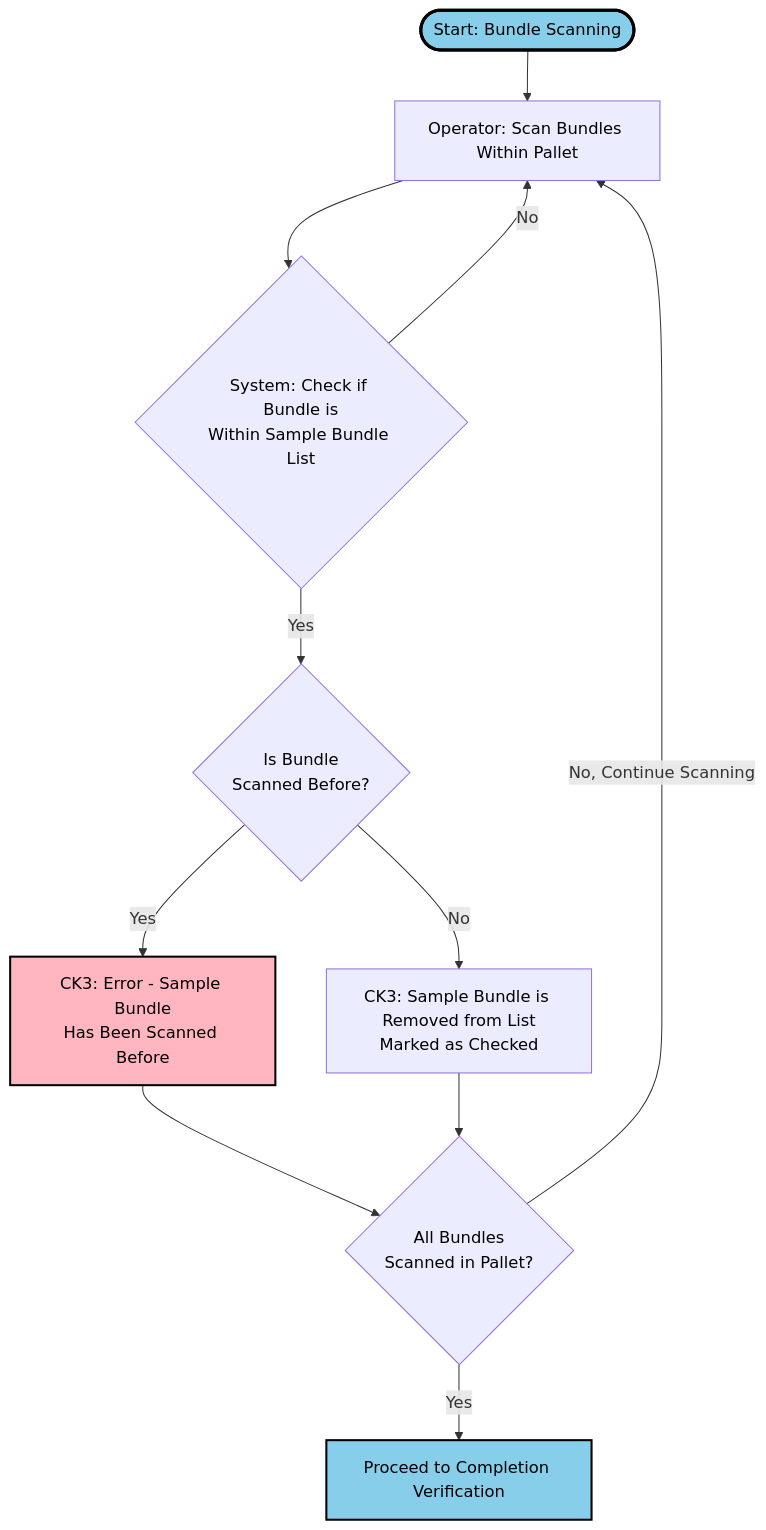
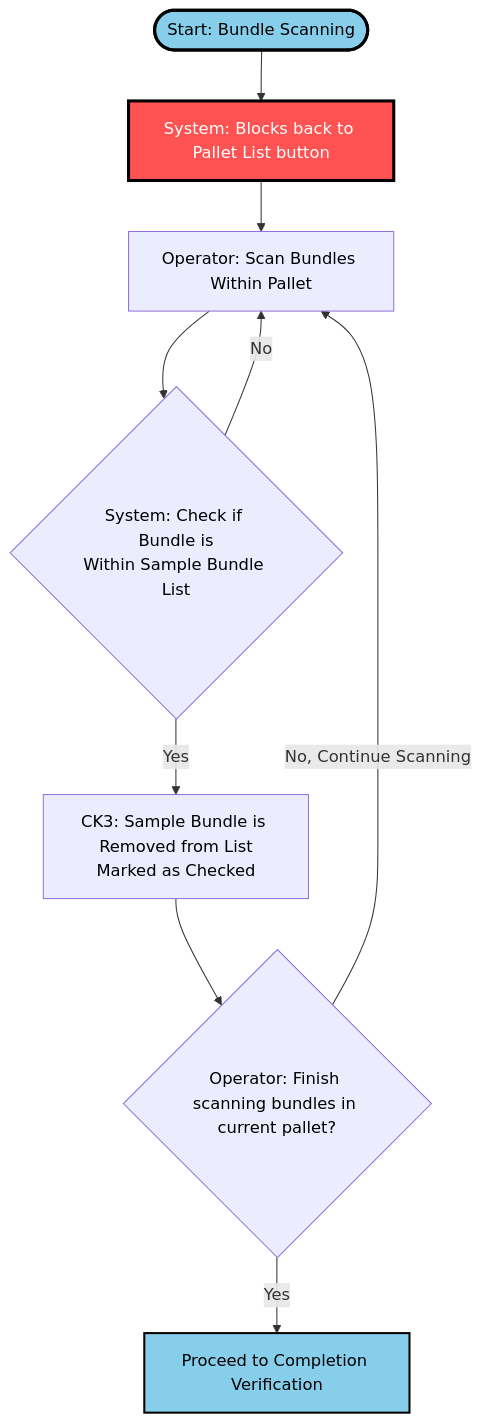
The third of 6 diagrams in workflow.md (kohjs/RMC-Cycle-Count), drawn with Mermaid before and after one commit. The commit also changed other lines of this file, not shown here.

````diff
--- a/workflow.md
+++ b/workflow.md
@@ -79,22 +83,20 @@
 ```mermaid
 flowchart TD
-    Start(["Start: Bundle Scanning"]) --> n1["Operator: Scan Bundles Within Pallet"]
-    n1 --> n2{"System: Check if Bundle is<br>Within Sample Bundle List"}
-    n2 -- Yes --> n4{"Is Bundle<br>Scanned Before?"}
+    Start(["Start: Bundle Scanning"]) --> n9["System: Blocks back to Pallet List button"]
+    n1["Operator: Scan Bundles Within Pallet"] --> n2{"System: Check if Bundle is<br>Within Sample Bundle List"}
     n2 -- No --> n1
-    n4 -- No --> n3["CK3: Sample Bundle is Removed from List<br>Marked as Checked"]
-    n4 -- Yes --> n5["CK3: Error - Sample Bundle<br>Has Been Scanned Before"]
-    n5 --> n7
-    n3 --> n7{"All Bundles<br>Scanned in Pallet?"}
+    n3["CK3: Sample Bundle is Removed from List<br>Marked as Checked"] --> n7{"Operator: Finish scanning bundles in current pallet?"}
     n7 -- Yes --> n8["Proceed to Completion Verification"]
     n7 -- No, Continue Scanning --> n1
+    n2 -- Yes --> n3
+    n9 --> n1
 
+    n9@{ shape: rect}
     style Start fill:#87CEEB,stroke:#000,stroke-width:3px,color:#000
     style n1 color:#000
     style n2 color:#000
     style n3 color:#000
-    style n4 color:#000
-    style n5 fill:#FFB6C1,stroke:#000,stroke-width:2px,color:#000
     style n7 color:#000
     style n8 fill:#87CEEB,stroke:#000,stroke-width:2px,color:#000
+    style n9 fill:#FF5252,stroke:#000,stroke-width:3px,color:#FFF
 ```
````
